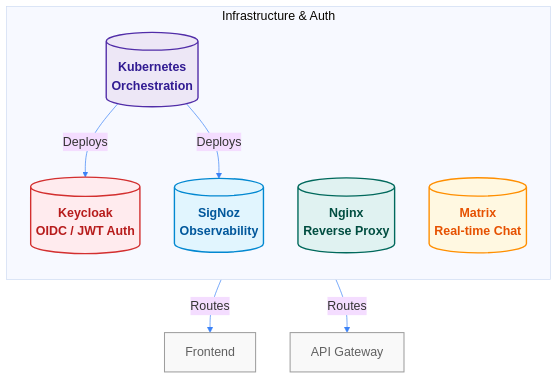
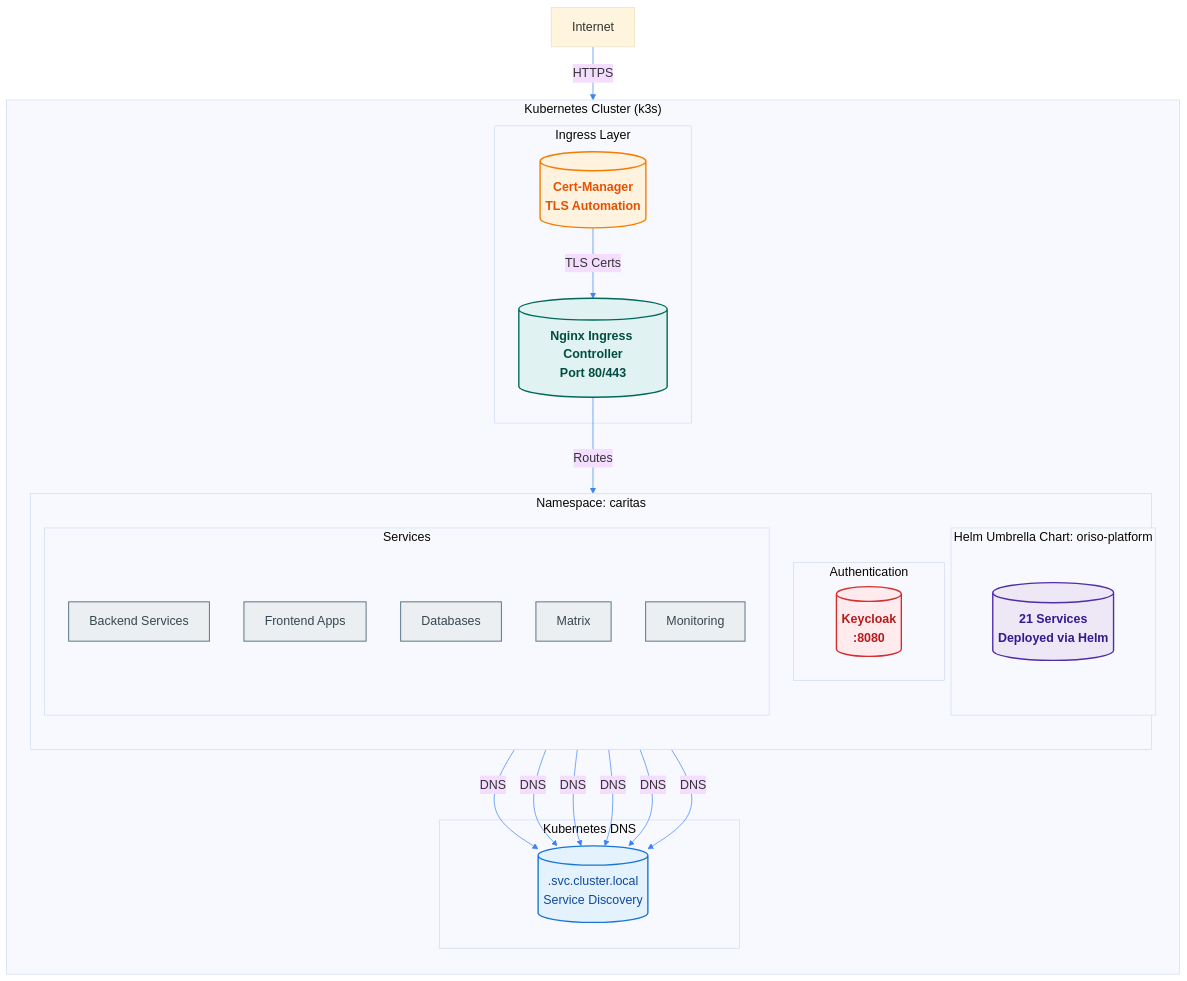
One commit to OpenResilienceInitiative/ORISO-Docs changed the diagram in oriso-platform/architecture/infra.mdx. Above: the diagram before and after it, drawn with Mermaid. The commit also changed other lines of this file and 37 other files, not shown here.

Commit message:
docs: update ORISO Platform documentation for v3.0.0, including architecture, deployment, and service details

````diff
--- a/oriso-platform/architecture/infra.mdx
+++ b/oriso-platform/architecture/infra.mdx
@@ -6,31 +10,59 @@
 ```mermaid
 %%{init: { 'theme': 'base', 'themeVariables': { 'fontSize': '18px', 'lineColor': '#3B82F6' } }}%%
 
 flowchart TB
 
-  subgraph Infra["Infrastructure & Auth"]
+  subgraph K8s["Kubernetes Cluster (k3s)"]
     direction TB
-    I1[("Keycloak\nOIDC / JWT Auth")]:::auth
-    I2[("Nginx\nReverse Proxy")]:::proxy
-    I3[("Kubernetes\nOrchestration")]:::k8s
-    I4[("Matrix\nReal-time Chat")]:::matrix
-    I5[("SigNoz\nObservability")]:::monitoring
+    
+    subgraph Ingress["Ingress Layer"]
+      I1[("Nginx Ingress Controller\nPort 80/443")]:::ingress
+      I2[("Cert-Manager\nTLS Automation")]:::cert
+    end
+    
+    subgraph Namespace["Namespace: caritas"]
+      direction TB
+      
+      subgraph Helm["Helm Umbrella Chart: oriso-platform"]
+        H1[("21 Services\nDeployed via Helm")]:::helm
+      end
+      
+      subgraph Auth["Authentication"]
+        A1[("Keycloak\n:8080")]:::auth
+      end
+      
+      subgraph Services["Services"]
+        S1[Backend Services]:::svc
+        S2[Frontend Apps]:::svc
+        S3[Databases]:::svc
+        S4[Matrix]:::svc
+        S5[Monitoring]:::svc
+      end
+    end
+    
+    subgraph DNS["Kubernetes DNS"]
+      D1[(".svc.cluster.local\nService Discovery")]:::dns
+    end
   end
 
-  %% Example routes/deployments
-  I2 -->|Routes| F1[Frontend]:::placeholder
-  I2 -->|Routes| B1[API Gateway]:::placeholder
-  I3 -->|Deploys| I1
-  I3 -->|Deploys| I5
-
-  %% Clickable link
-  click I1 "https://keycloak.org" "Open Keycloak docs"
+  %% External access
+  Internet[Internet] -->|HTTPS| I1
+  I1 -->|Routes| H1
+  I2 -->|TLS Certs| I1
+  
+  %% Internal communication
+  H1 -->|DNS| D1
+  S1 -->|DNS| D1
+  S2 -->|DNS| D1
+  S3 -->|DNS| D1
+  S4 -->|DNS| D1
+  S5 -->|DNS| D1
 
   %% Styling
+  classDef ingress fill:#e0f2f1,stroke:#00695c,stroke-width:2px,color:#004d40,font-weight:bold
+  classDef cert fill:#fff3e0,stroke:#f57c00,stroke-width:2px,color:#e65100,font-weight:bold
+  classDef helm fill:#ede7f6,stroke:#512da8,stroke-width:2px,color:#311b92,font-weight:bold
   classDef auth fill:#ffebee,stroke:#d32f2f,stroke-width:2px,color:#b71c1c,font-weight:bold
-  classDef proxy fill:#e0f2f1,stroke:#00695c,stroke-width:2px,color:#004d40,font-weight:bold
-  classDef k8s fill:#ede7f6,stroke:#512da8,stroke-width:2px,color:#311b92,font-weight:bold
-  classDef matrix fill:#fff8e1,stroke:#ff8f00,stroke-width:2px,color:#e65100,font-weight:bold
-  classDef monitoring fill:#e1f5fe,stroke:#0288d1,stroke-width:2px,color:#01579b,font-weight:bold
-  classDef placeholder fill:#f9f9f9,stroke:#9e9e9e,stroke-width:1.5px,color:#616161
+  classDef svc fill:#eceff1,stroke:#607d8b,stroke-width:1.5px,color:#37474f
+  classDef dns fill:#e3f2fd,stroke:#1976d2,stroke-width:2px,color:#0d47a1
 ```
````
